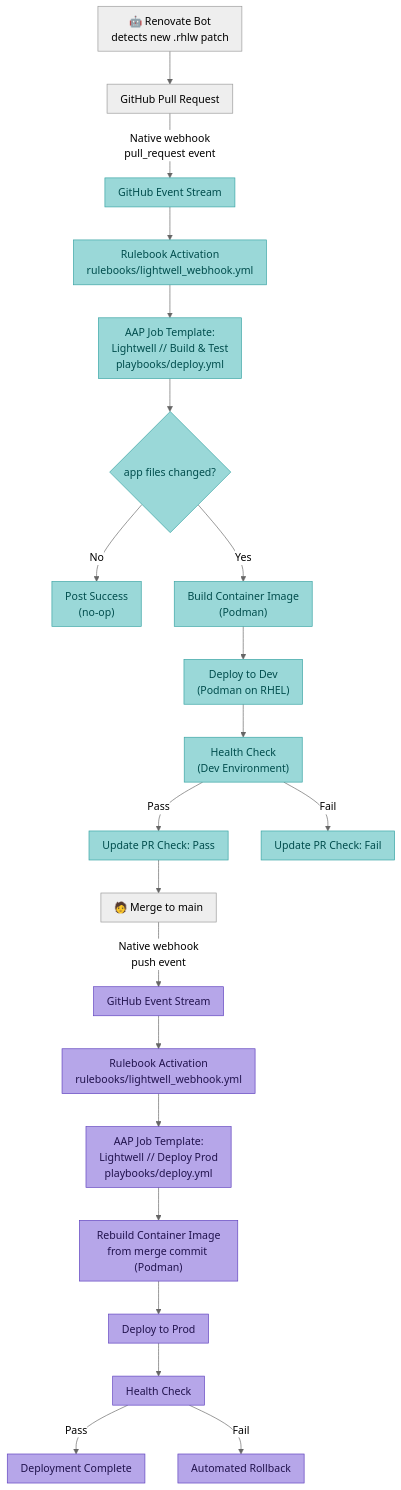
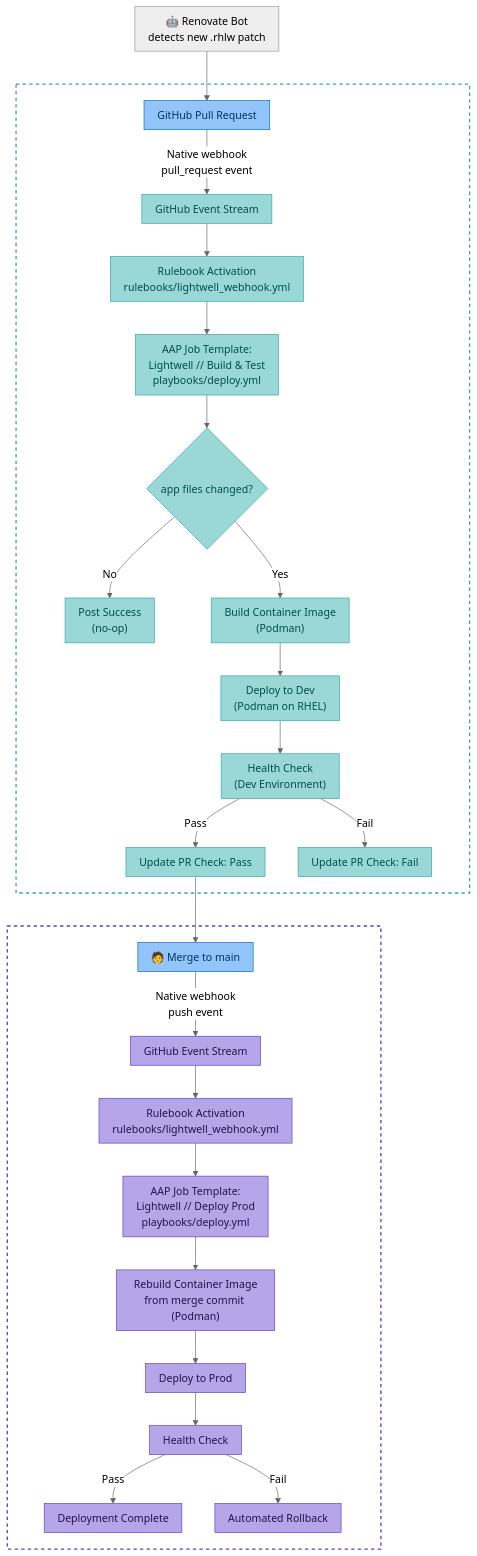
Before and after one commit to zjleblanc/ansible-lightwell-apps: the diagram in README.md, drawn with Mermaid (neutral theme).

Commit message:
separate dev and prod

````diff
--- a/README.md
+++ b/README.md
@@ -32,30 +32,42 @@
 ```mermaid
 %%{init: {'flowchart': {'padding': 10}}}%%
 flowchart TD
     classDef dev fill:#9ad8d8,stroke:#37a3a3,color:#004d4d
     classDef prod fill:#b6a6e9,stroke:#5e40be,color:#21134d
+    classDef action fill:#92c5f9,stroke:#0066cc,color:#003366
 
-    DetectPatch["🤖 Renovate Bot\ndetects new .rhlw patch"] -->GitHubPR["GitHub Pull Request"]
-    GitHubPR -->|"Native webhook\npull_request event"| EventStreamPR["GitHub Event Stream"]
-    EventStreamPR --> RulebookPR["Rulebook Activation\nrulebooks/lightwell_webhook.yml"]
-    RulebookPR --> DeployDevPlaybook["AAP Job Template:\nLightwell // Build & Test\nplaybooks/deploy.yml"]
-    DeployDevPlaybook --> PathFilter{"app files changed?"}
-    PathFilter -->|"No"| Skip["Post Success\n(no-op)"]
-    PathFilter -->|"Yes"| BuildImg["Build Container Image\n(Podman)"]
-    BuildImg --> DeployTest["Deploy to Dev\n(Podman on RHEL)"]
-    DeployTest --> HealthTest["Health Check\n(Dev Environment)"]
-    HealthTest -->|"Pass"| ApprovePR["Update PR Check: Pass"]
-    HealthTest -->|"Fail"| FailPR["Update PR Check: Fail"]
-    ApprovePR --> MergeMain["🧑 Merge to main"]
-    MergeMain -->|"Native webhook\npush event"| EventStreamPush["GitHub Event Stream"]
-    EventStreamPush --> RulebookPush["Rulebook Activation\nrulebooks/lightwell_webhook.yml"]
-    RulebookPush --> DeployProdPlaybook["AAP Job Template:\nLightwell // Deploy Prod\nplaybooks/deploy.yml"]
-    DeployProdPlaybook --> BuildImgProd["Rebuild Container Image\nfrom merge commit (Podman)"]
-    BuildImgProd --> DeployProd["Deploy to Prod"]
-    DeployProd --> HealthProd["Health Check"]
-    HealthProd -->|"Pass"| Done["Deployment Complete"]
-    HealthProd -->|"Fail"| Rollback["Automated Rollback"]
+    DetectPatch["🤖 Renovate Bot\ndetects new .rhlw patch"] --> GitHubPR
+
+    subgraph DevStage [" "]
+        GitHubPR["GitHub Pull Request"]
+        GitHubPR -->|"Native webhook\npull_request event"| EventStreamPR["GitHub Event Stream"]
+        EventStreamPR --> RulebookPR["Rulebook Activation\nrulebooks/lightwell_webhook.yml"]
+        RulebookPR --> DeployDevPlaybook["AAP Job Template:\nLightwell // Build & Test\nplaybooks/deploy.yml"]
+        DeployDevPlaybook --> PathFilter{"app files changed?"}
+        PathFilter -->|"No"| Skip["Post Success\n(no-op)"]
+        PathFilter -->|"Yes"| BuildImg["Build Container Image\n(Podman)"]
+        BuildImg --> DeployTest["Deploy to Dev\n(Podman on RHEL)"]
+        DeployTest --> HealthTest["Health Check\n(Dev Environment)"]
+        HealthTest -->|"Pass"| ApprovePR["Update PR Check: Pass"]
+        HealthTest -->|"Fail"| FailPR["Update PR Check: Fail"]
+    end
+
+    subgraph ProdStage [" "]
+        ApprovePR --> MergeMain["🧑 Merge to main"]
+        MergeMain -->|"Native webhook\npush event"| EventStreamPush["GitHub Event Stream"]
+        EventStreamPush --> RulebookPush["Rulebook Activation\nrulebooks/lightwell_webhook.yml"]
+        RulebookPush --> DeployProdPlaybook["AAP Job Template:\nLightwell // Deploy Prod\nplaybooks/deploy.yml"]
+        DeployProdPlaybook --> BuildImgProd["Rebuild Container Image\nfrom merge commit (Podman)"]
+        BuildImgProd --> DeployProd["Deploy to Prod"]
+        DeployProd --> HealthProd["Health Check"]
+        HealthProd -->|"Pass"| Done["Deployment Complete"]
+        HealthProd -->|"Fail"| Rollback["Automated Rollback"]
+    end
+
+    style DevStage fill:none,stroke:#37a3a3,stroke-dasharray:5 5,stroke-width:2px
+    style ProdStage fill:none,stroke:#5e40be,stroke-dasharray:5 5,stroke-width:2px
 
     class EventStreamPR,RulebookPR,DeployDevPlaybook,PathFilter,Skip,BuildImg,DeployTest,HealthTest,ApprovePR,FailPR dev
     class EventStreamPush,RulebookPush,DeployProdPlaybook,BuildImgProd,DeployProd,HealthProd,Done,Rollback prod
+    class GitHubPR,MergeMain action
 ```
````
